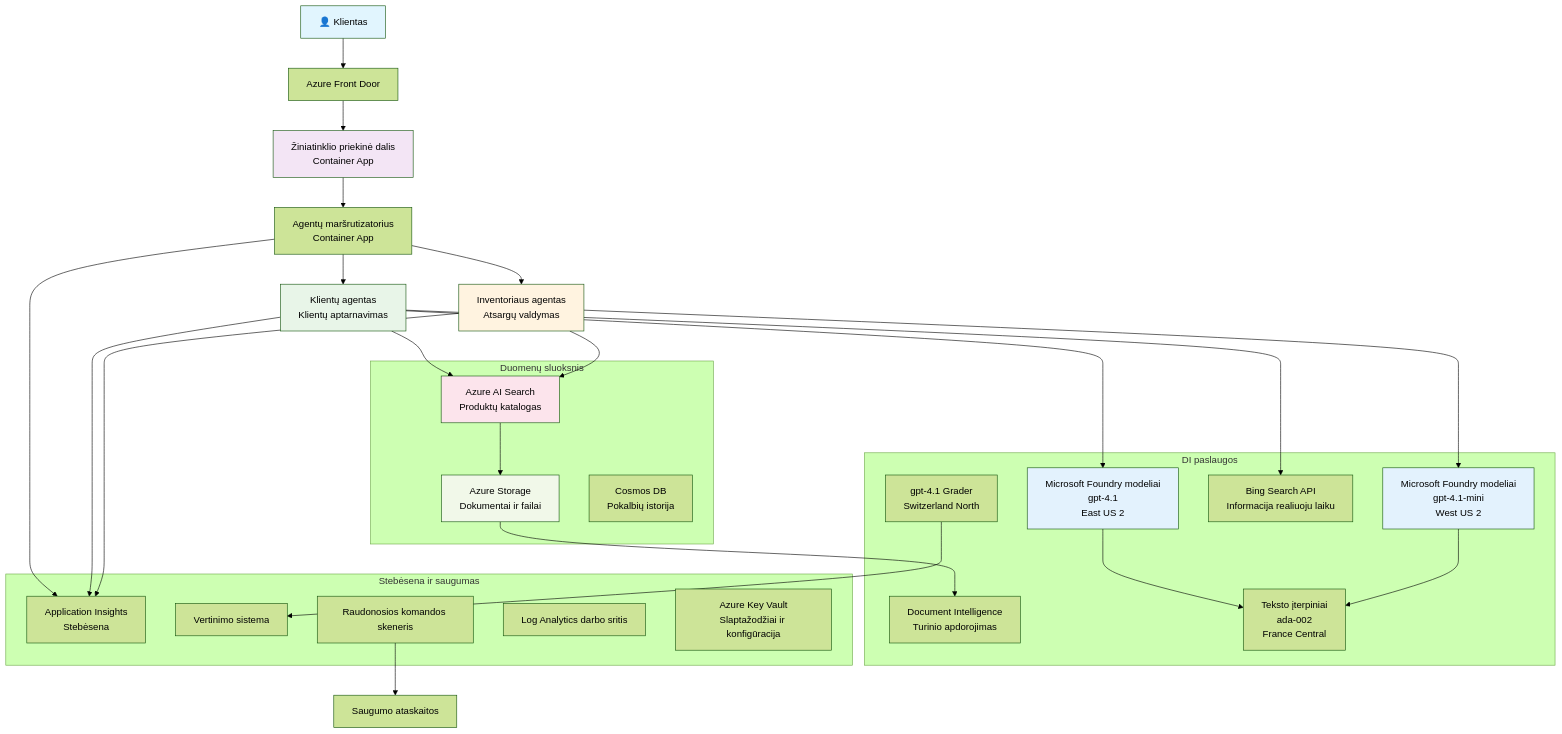
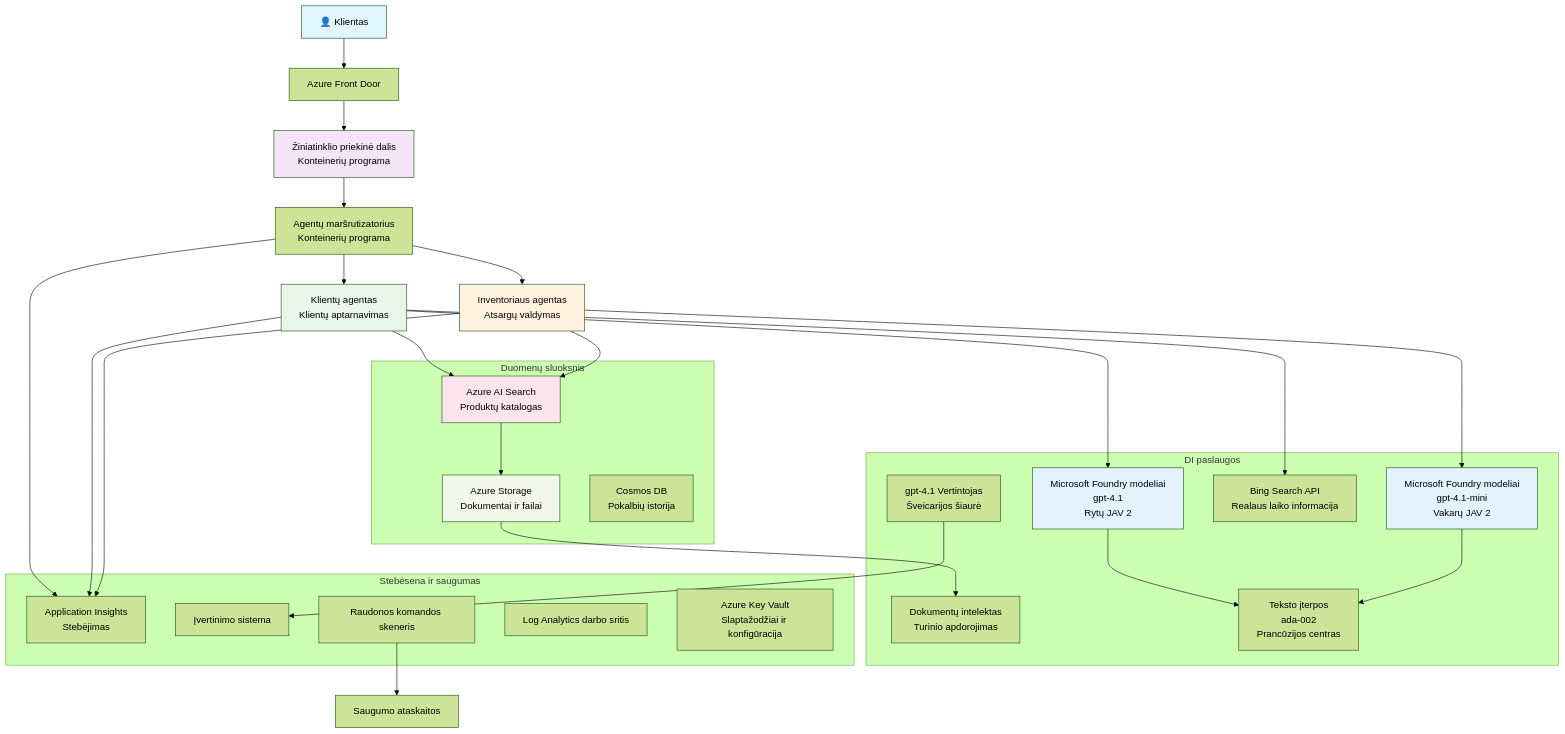
The diagram in translations/lt/examples/retail-scenario.md (microsoft/AZD-for-beginners), drawn with Mermaid (forest theme) before and after one commit. The commit also changed other lines of this file and 104 other files, not shown here.

````diff
--- a/translations/lt/examples/retail-scenario.md
+++ b/translations/lt/examples/retail-scenario.md
@@ -139,61 +139,61 @@
 ```mermaid
 graph TB
     User[👤 Klientas] --> LB[Azure Front Door]
-    LB --> WebApp[Žiniatinklio priekinė dalis<br/>Container App]
+    LB --> WebApp[Žiniatinklio priekinė dalis<br/>Konteinerių programa]
     
-    WebApp --> Router[Agentų maršrutizatorius<br/>Container App]
+    WebApp --> Router[Agentų maršrutizatorius<br/>Konteinerių programa]
     Router --> CustomerAgent[Klientų agentas<br/>Klientų aptarnavimas]
     Router --> InvAgent[Inventoriaus agentas<br/>Atsargų valdymas]
     
-    CustomerAgent --> OpenAI1[Microsoft Foundry modeliаi<br/>gpt-4.1<br/>East US 2]
-    InvAgent --> OpenAI2[Microsoft Foundry modeliаi<br/>gpt-4.1-mini<br/>West US 2]
+    CustomerAgent --> OpenAI1[Microsoft Foundry modeliai<br/>gpt-4.1<br/>Rytų JAV 2]
+    InvAgent --> OpenAI2[Microsoft Foundry modeliai<br/>gpt-4.1-mini<br/>Vakarų JAV 2]
     
     CustomerAgent --> AISearch[Azure AI Search<br/>Produktų katalogas]
-    CustomerAgent --> BingSearch[Bing Search API<br/>Informacija realiuoju laiku]
+    CustomerAgent --> BingSearch[Bing Search API<br/>Realaus laiko informacija]
     InvAgent --> AISearch
     
     AISearch --> Storage[Azure Storage<br/>Dokumentai ir failai]
-    Storage --> DocIntel[Document Intelligence<br/>Turinio apdorojimas]
+    Storage --> DocIntel[Dokumentų intelektas<br/>Turinio apdorojimas]
     
-    OpenAI1 --> Embeddings[Teksto įterpiniai<br/>ada-002<br/>France Central]
+    OpenAI1 --> Embeddings[Teksto įterpos<br/>ada-002<br/>Prancūzijos centras]
     OpenAI2 --> Embeddings
     
-    Router --> AppInsights[Application Insights<br/>Stebėsena]
+    Router --> AppInsights[Application Insights<br/>Stebėjimas]
     CustomerAgent --> AppInsights
     InvAgent --> AppInsights
     
-    GraderModel[gpt-4.1 Grader<br/>Switzerland North] --> Evaluation[Vertinimo sistema]
-    RedTeam[Raudonosios komandos skeneris] --> SecurityReports[Saugumo ataskaitos]
+    GraderModel[gpt-4.1 Vertintojas<br/>Šveicarijos šiaurė] --> Evaluation[Įvertinimo sistema]
+    RedTeam[Raudonos komandos skeneris] --> SecurityReports[Saugumo ataskaitos]
     
     subgraph "Duomenų sluoksnis"
         Storage
         AISearch
         CosmosDB[Cosmos DB<br/>Pokalbių istorija]
     end
     
     subgraph "DI paslaugos"
         OpenAI1
         OpenAI2
         Embeddings
         GraderModel
         DocIntel
         BingSearch
     end
     
     subgraph "Stebėsena ir saugumas"
         AppInsights
         LogAnalytics[Log Analytics darbo sritis]
         KeyVault[Azure Key Vault<br/>Slaptažodžiai ir konfigūracija]
         RedTeam
         Evaluation
     end
     
     style User fill:#e1f5fe
     style WebApp fill:#f3e5f5
     style CustomerAgent fill:#e8f5e8
     style InvAgent fill:#fff3e0
     style OpenAI1 fill:#e3f2fd
     style OpenAI2 fill:#e3f2fd
     style AISearch fill:#fce4ec
     style Storage fill:#f1f8e9
 ```
````
